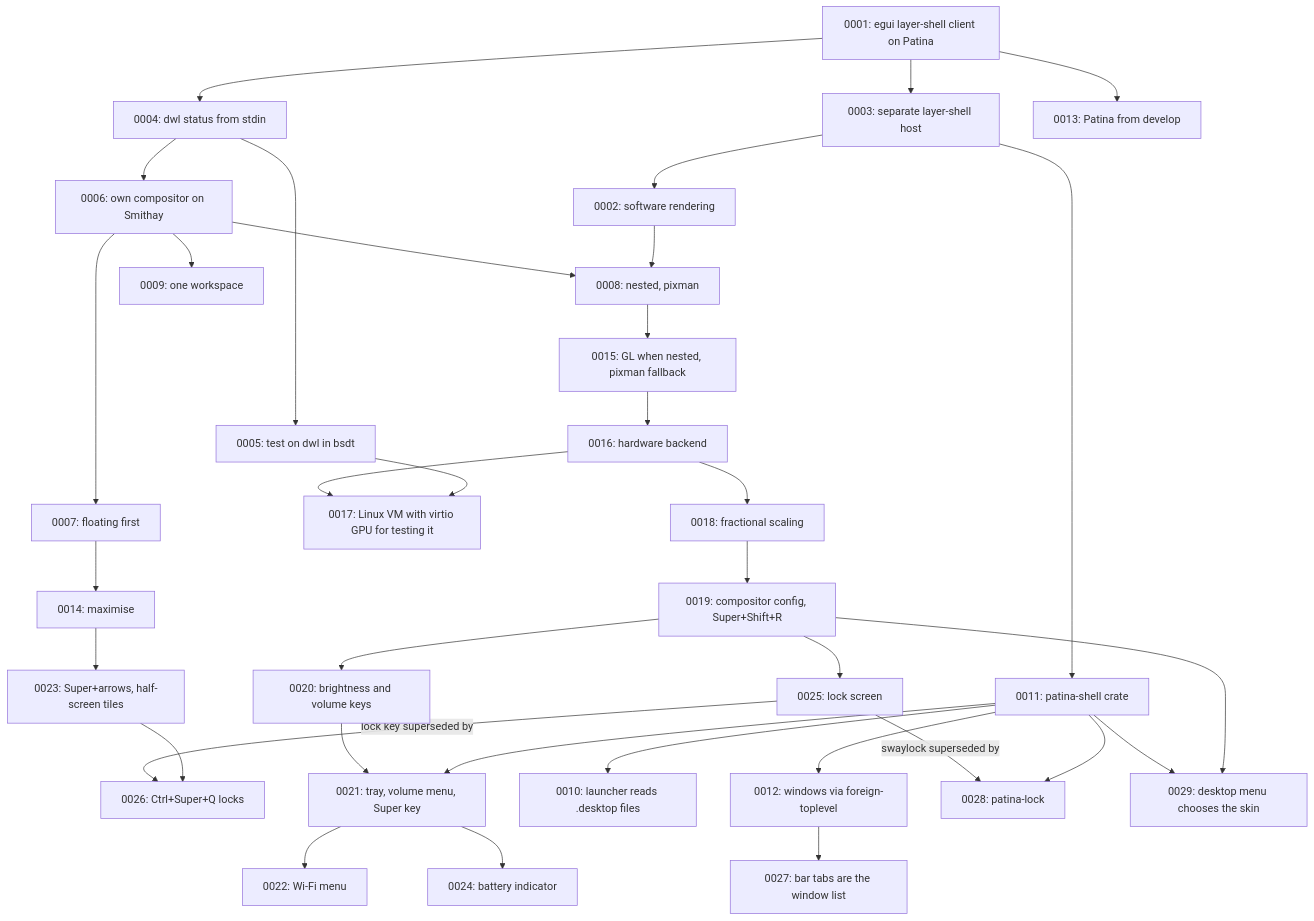
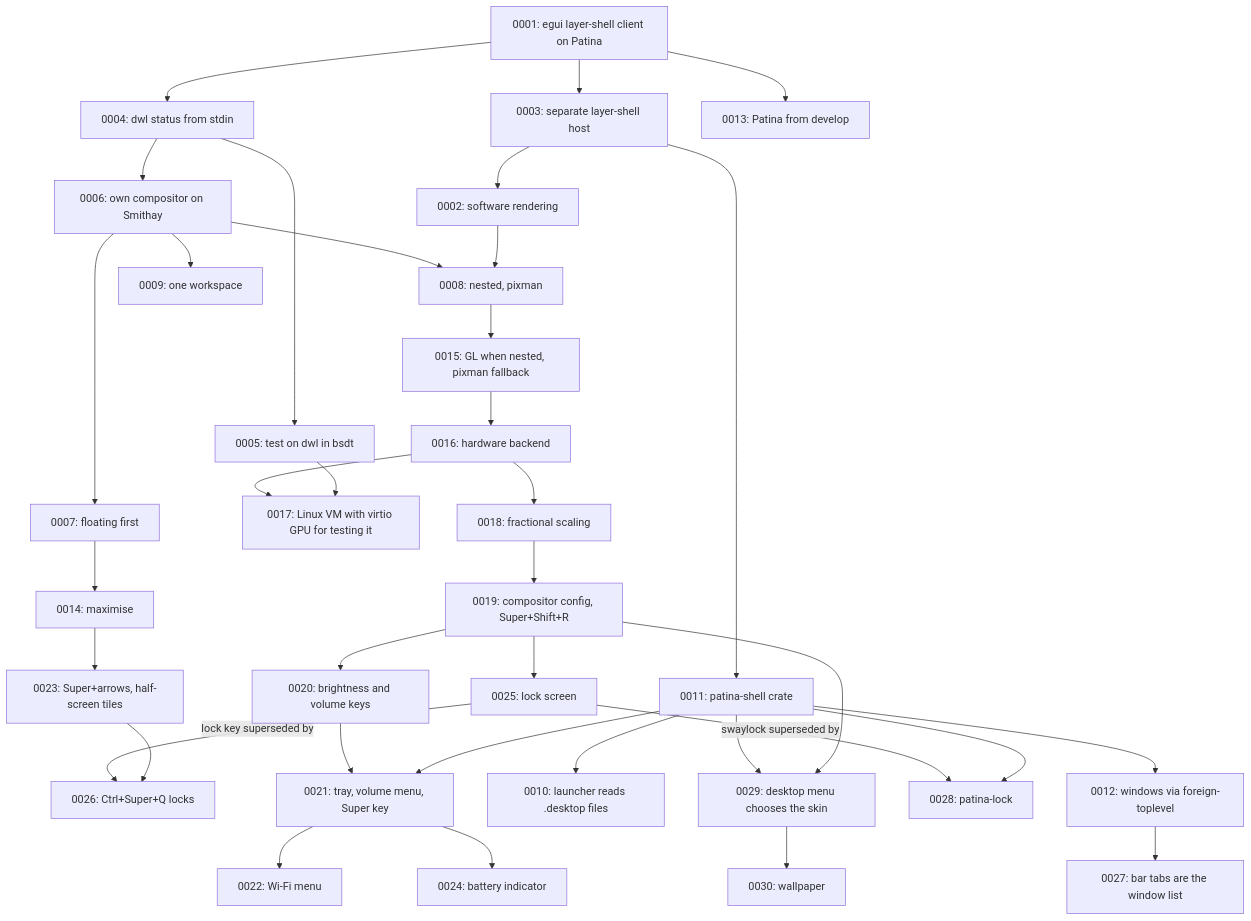
Before and after one commit to Sector-F-Labs/patina-desktop: the diagram in docs/adr/README.md, drawn with Mermaid. The commit also changed other lines of this file and 29 other files, not shown here.

````diff
--- a/docs/adr/README.md
+++ b/docs/adr/README.md
@@ -77,37 +78,38 @@
 ```mermaid
 flowchart TD
     A[0001: egui layer-shell client on Patina] --> B[0003: separate layer-shell host]
     B --> C[0002: software rendering]
     A --> D[0004: dwl status from stdin]
     D --> E[0005: test on dwl in bsdt]
     D --> F[0006: own compositor on Smithay]
     F --> G[0007: floating first]
     G --> N[0014: maximise]
     N --> W[0023: Super+arrows, half-screen tiles]
     F --> H[0008: nested, pixman]
     H --> O[0015: GL when nested, pixman fallback]
     O --> P[0016: hardware backend]
     P --> Q[0017: Linux VM with virtio GPU for testing it]
     P --> R[0018: fractional scaling]
     R --> S[0019: compositor config, Super+Shift+R]
     S --> T[0020: brightness and volume keys]
     S --> Y[0025: lock screen]
     Y -->|lock key superseded by| Z[0026: Ctrl+Super+Q locks]
     W --> Z
     T --> U[0021: tray, volume menu, Super key]
     U --> V[0022: Wi-Fi menu]
     U --> X[0024: battery indicator]
     K --> U
     E --> Q
     C --> H
     F --> I[0009: one workspace]
     B --> K[0011: patina-shell crate]
     K --> J[0010: launcher reads .desktop files]
     K --> L[0012: windows via foreign-toplevel]
     L --> AA[0027: bar tabs are the window list]
     Y -->|swaylock superseded by| AB[0028: patina-lock]
     K --> AB
     K --> AC[0029: desktop menu chooses the skin]
     S --> AC
+    AC --> AD[0030: wallpaper]
     A --> M[0013: Patina from develop]
 ```
````
